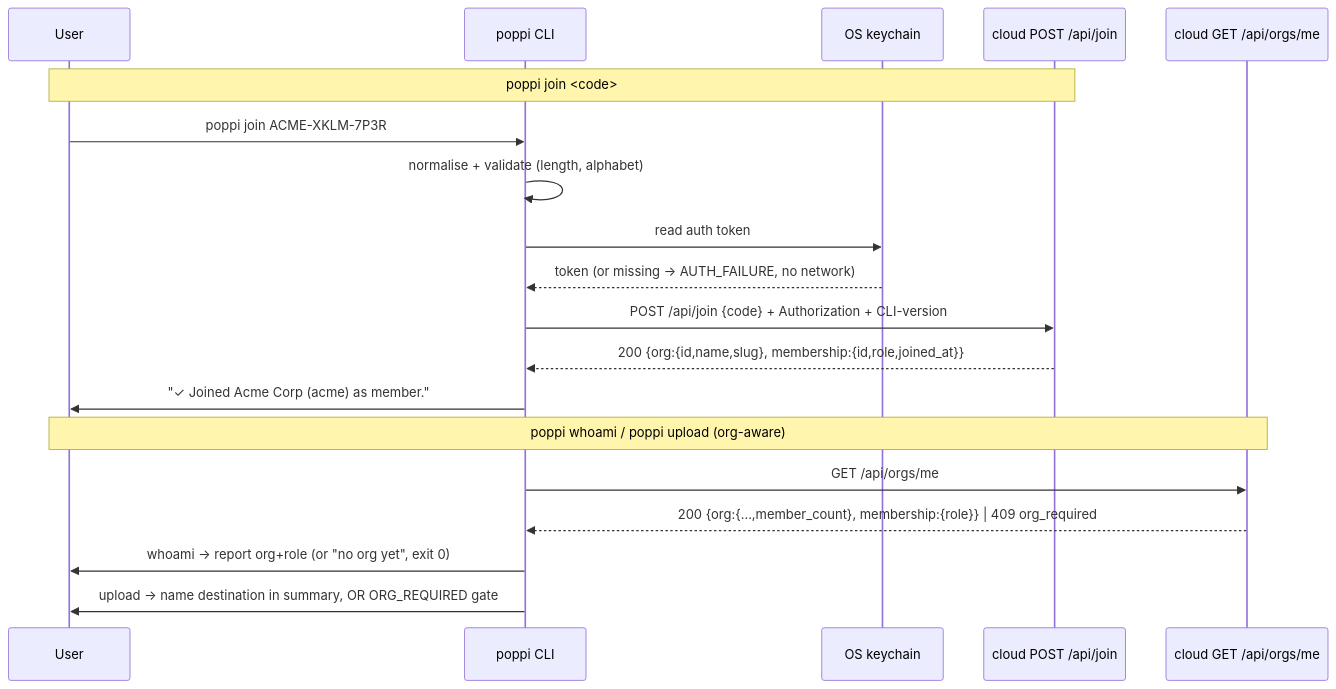
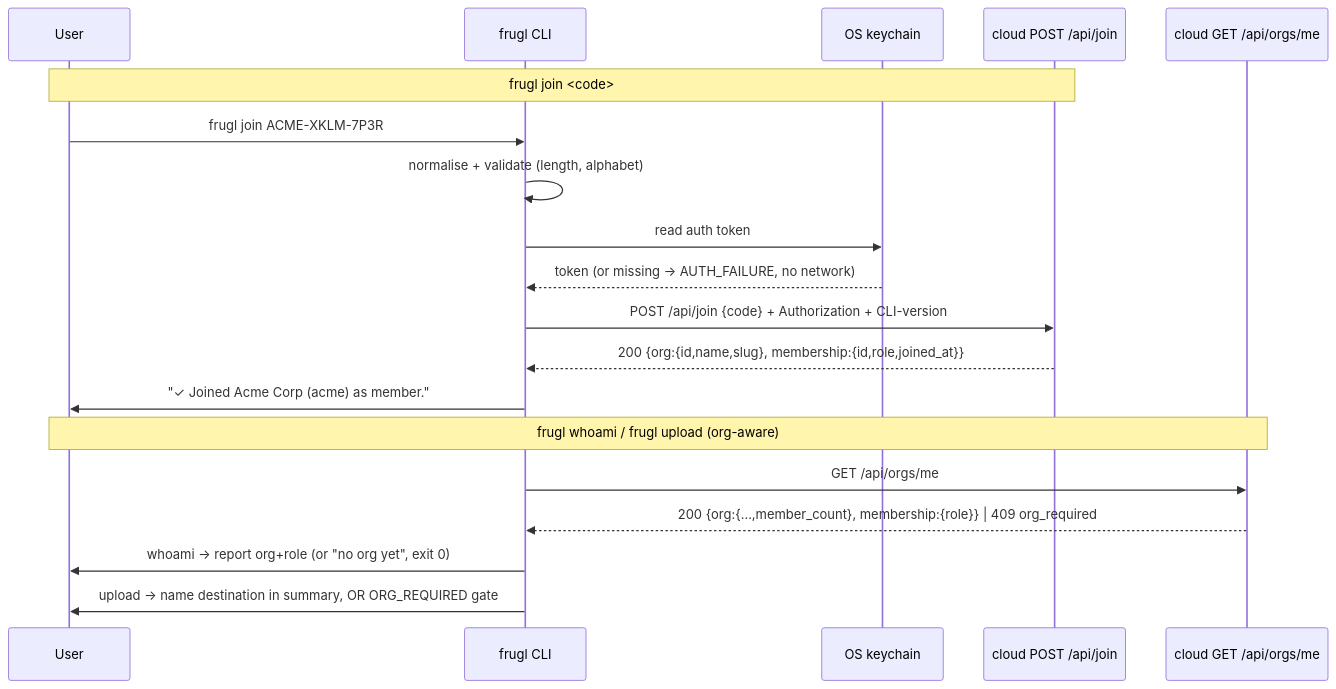
The diagram in specs/004-cli-org-join/spec.md (Frugl-dev/Frugl-cli), drawn with Mermaid before and after one commit. The commit also changed other lines of this file and 110 other files, not shown here.

First line of the commit message:
refactor(brand): rename Poppi → Frugl across the CLI

````diff
--- a/specs/004-cli-org-join/spec.md
+++ b/specs/004-cli-org-join/spec.md
@@ -264,23 +264,23 @@
 ```mermaid
 sequenceDiagram
   participant U as User
-  participant CLI as poppi CLI
+  participant CLI as frugl CLI
   participant K as OS keychain
   participant J as cloud POST /api/join
   participant M as cloud GET /api/orgs/me
 
-  Note over U,J: poppi join <code>
-  U->>CLI: poppi join ACME-XKLM-7P3R
+  Note over U,J: frugl join <code>
+  U->>CLI: frugl join ACME-XKLM-7P3R
   CLI->>CLI: normalise + validate (length, alphabet)
   CLI->>K: read auth token
   K-->>CLI: token (or missing → AUTH_FAILURE, no network)
   CLI->>J: POST /api/join {code} + Authorization + CLI-version
   J-->>CLI: 200 {org:{id,name,slug}, membership:{id,role,joined_at}}
   CLI->>U: "✓ Joined Acme Corp (acme) as member."
 
-  Note over U,M: poppi whoami / poppi upload (org-aware)
+  Note over U,M: frugl whoami / frugl upload (org-aware)
   CLI->>M: GET /api/orgs/me
   M-->>CLI: 200 {org:{…,member_count}, membership:{role}} | 409 org_required
   CLI->>U: whoami → report org+role (or "no org yet", exit 0)
   CLI->>U: upload → name destination in summary, OR ORG_REQUIRED gate
 ```
````
